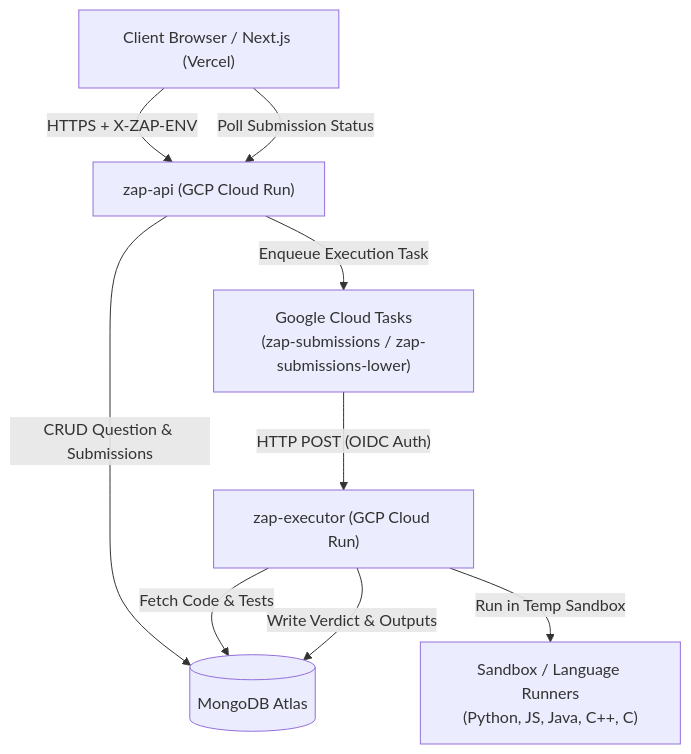
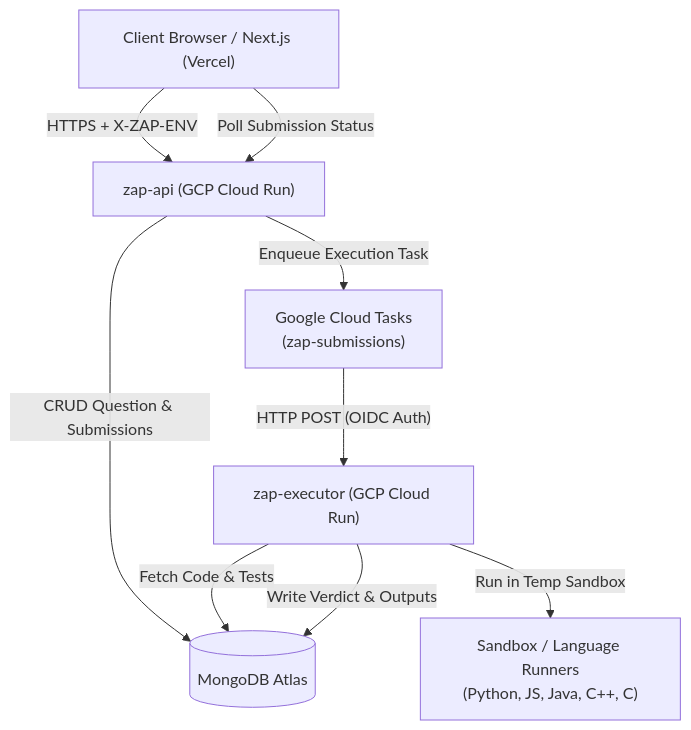
The first of 2 diagrams in context/02-architecture.md (alendnl/zap), drawn with Mermaid before and after one commit. The commit also changed other lines of this file and 7 other files, not shown here.

Commit message:
feat(infra): unify cloud tasks queue, update executor scaling to 10, and fix load test routing

````diff
--- a/context/02-architecture.md
+++ b/context/02-architecture.md
@@ -31,11 +31,11 @@
 ```mermaid
 flowchart TB
     Client["Client Browser / Next.js (Vercel)"] -- "HTTPS + X-ZAP-ENV" --> API["zap-api (GCP Cloud Run)"]
     API -- "CRUD Question & Submissions" --> Mongo[(MongoDB Atlas)]
-    API -- "Enqueue Execution Task" --> Tasks["Google Cloud Tasks<br/>(zap-submissions / zap-submissions-lower)"]
+    API -- "Enqueue Execution Task" --> Tasks["Google Cloud Tasks<br/>(zap-submissions)"]
     Tasks -- "HTTP POST (OIDC Auth)" --> Exec["zap-executor (GCP Cloud Run)"]
     Exec -- "Fetch Code & Tests" --> Mongo
     Exec -- "Run in Temp Sandbox" --> Sandbox["Sandbox / Language Runners<br/>(Python, JS, Java, C++, C)"]
     Exec -- "Write Verdict & Outputs" --> Mongo
     Client -- "Poll Submission Status" --> API
 ```
````
